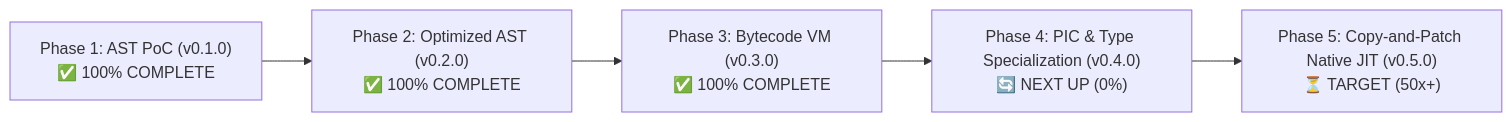
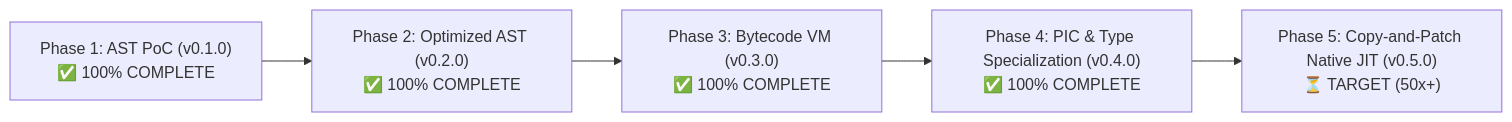
The diagram in developer_doc/roadmap.md (babar-xagi/zython-), drawn with Mermaid before and after one commit. The commit also changed other lines of this file and 8 other files, not shown here.

First line of the commit message:
Implement Phase 4: Adaptive Type Specialization (Quickening) & Polymorphic Inline Caching

````diff
--- a/developer_doc/roadmap.md
+++ b/developer_doc/roadmap.md
@@ -9,7 +9,7 @@
 ```mermaid
 flowchart LR
     P1["Phase 1: AST PoC (v0.1.0)<br>✅ 100% COMPLETE"] --> P2["Phase 2: Optimized AST (v0.2.0)<br>✅ 100% COMPLETE"]
     P2 --> P3["Phase 3: Bytecode VM (v0.3.0)<br>✅ 100% COMPLETE"]
-    P3 --> P4["Phase 4: PIC & Type Specialization (v0.4.0)<br>🔄 NEXT UP (0%)"]
+    P3 --> P4["Phase 4: PIC & Type Specialization (v0.4.0)<br>✅ 100% COMPLETE"]
     P4 --> P5["Phase 5: Copy-and-Patch Native JIT (v0.5.0)<br>⏳ TARGET (50x+)"]
 ```
````
